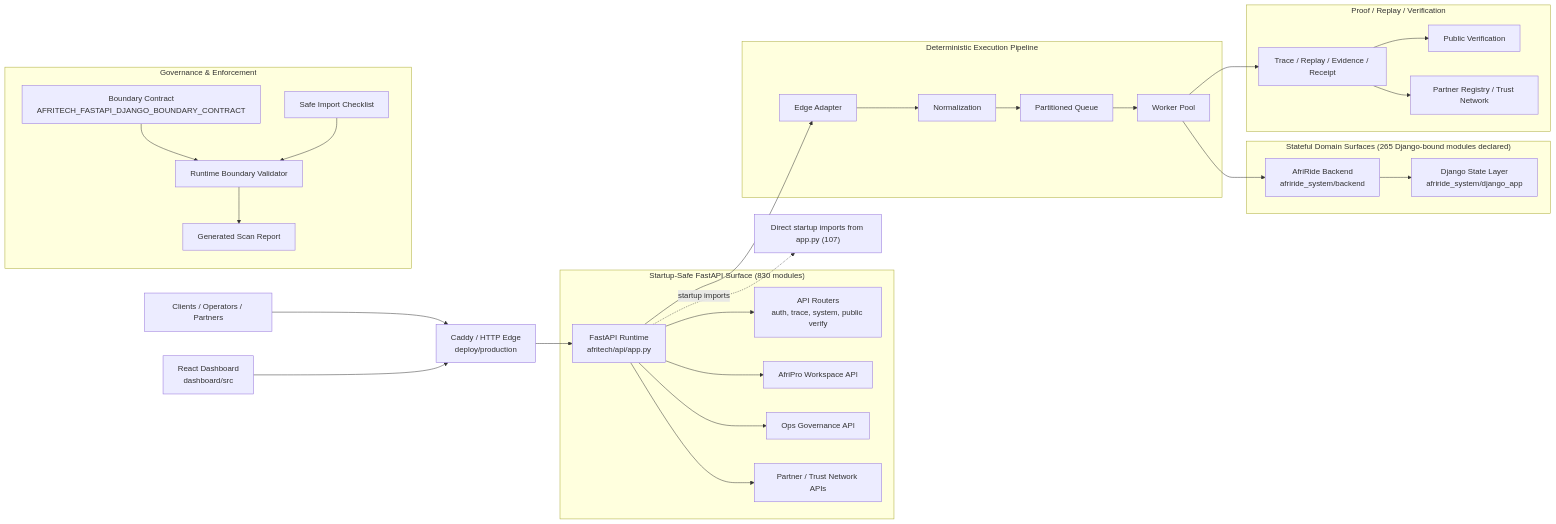
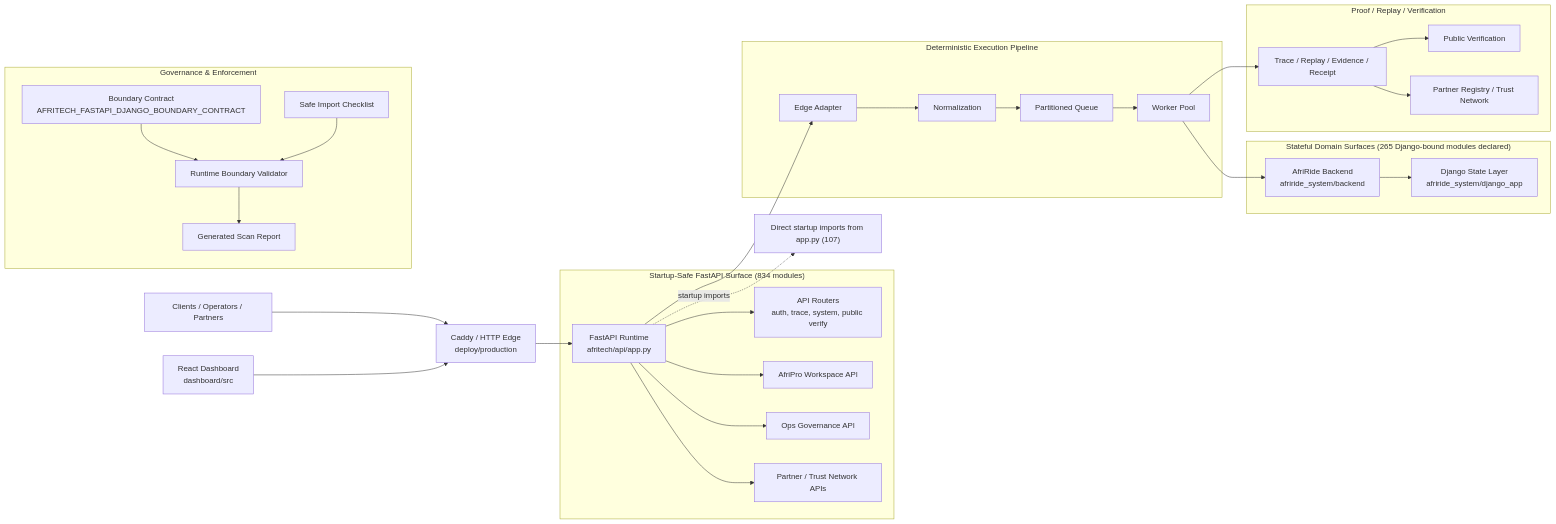
One commit to Strelly2023/afritelematics changed the first of 2 diagrams in docs/architecture/AFRITECH_FULL_ARCHITECTURE_GRAPH.md. Above: the diagram before and after it, drawn with Mermaid. The commit also changed other lines of this file and 4 other files, not shown here.

````diff
--- a/docs/architecture/AFRITECH_FULL_ARCHITECTURE_GRAPH.md
+++ b/docs/architecture/AFRITECH_FULL_ARCHITECTURE_GRAPH.md
@@ -22,39 +22,39 @@
 ```mermaid
 flowchart LR
     Client["Clients / Operators / Partners"] --> Edge["Caddy / HTTP Edge\ndeploy/production"]
     Dashboard["React Dashboard\ndashboard/src"] --> Edge
     Edge --> App["FastAPI Runtime\nafritech/api/app.py"]
 
-    subgraph FastAPI["Startup-Safe FastAPI Surface (830 modules)"]
+    subgraph FastAPI["Startup-Safe FastAPI Surface (834 modules)"]
         App --> Api["API Routers\nauth, trace, system, public verify"]
         App --> Workspace["AfriPro Workspace API"]
         App --> Governance["Ops Governance API"]
         App --> Trust["Partner / Trust Network APIs"]
     end
 
     subgraph Pipeline["Deterministic Execution Pipeline"]
         App --> Adapt["Edge Adapter"]
         Adapt --> Normalize["Normalization"]
         Normalize --> Queue["Partitioned Queue"]
         Queue --> Worker["Worker Pool"]
     end
 
     subgraph State["Stateful Domain Surfaces (265 Django-bound modules declared)"]
         Worker --> Domain["AfriRide Backend\nafriride_system/backend"]
         Domain --> Django["Django State Layer\nafriride_system/django_app"]
     end
 
     subgraph Proof["Proof / Replay / Verification"]
         Worker --> Trace["Trace / Replay / Evidence / Receipt"]
         Trace --> Public["Public Verification"]
         Trace --> Registry["Partner Registry / Trust Network"]
     end
 
     subgraph GovernancePlane["Governance & Enforcement"]
         Contract["Boundary Contract\nAFRITECH_FASTAPI_DJANGO_BOUNDARY_CONTRACT"] --> Validator["Runtime Boundary Validator"]
         Checklist["Safe Import Checklist"] --> Validator
         Validator --> Review["Generated Scan Report"]
     end
 
     App -. startup imports .-> Imports["Direct startup imports from app.py (107)"]
 ```
````
